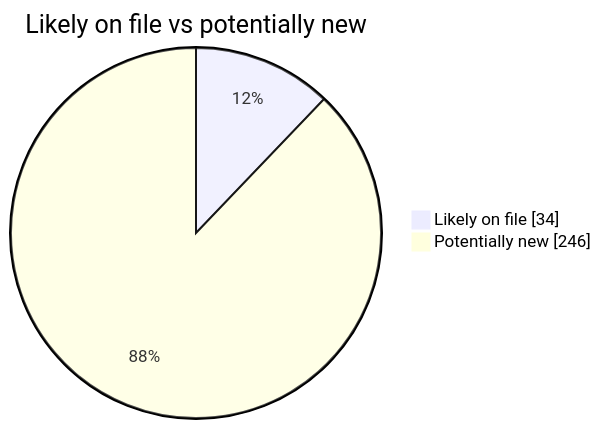
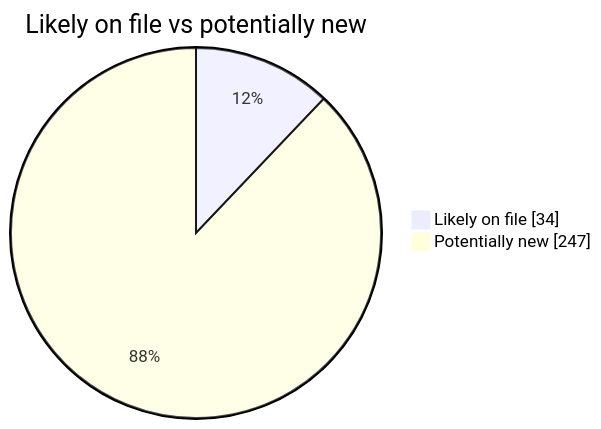
The second of 4 diagrams in README.md (martinbalfanz/social-scanner-reports), drawn with Mermaid before and after one commit. The commit also changed other lines of this file and 2 other files, not shown here.

````diff
--- a/README.md
+++ b/README.md
@@ -40,5 +40,5 @@
 ```mermaid
 pie showData title Likely on file vs potentially new
     "Likely on file" : 34
-    "Potentially new" : 246
+    "Potentially new" : 247
 ```
````
